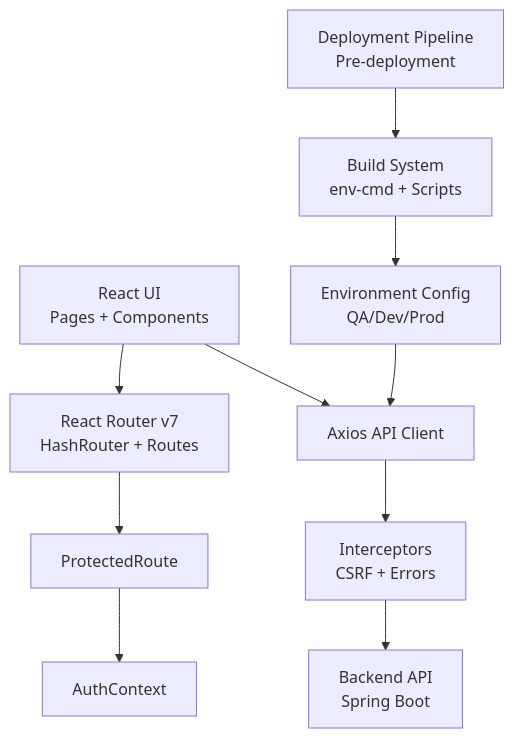
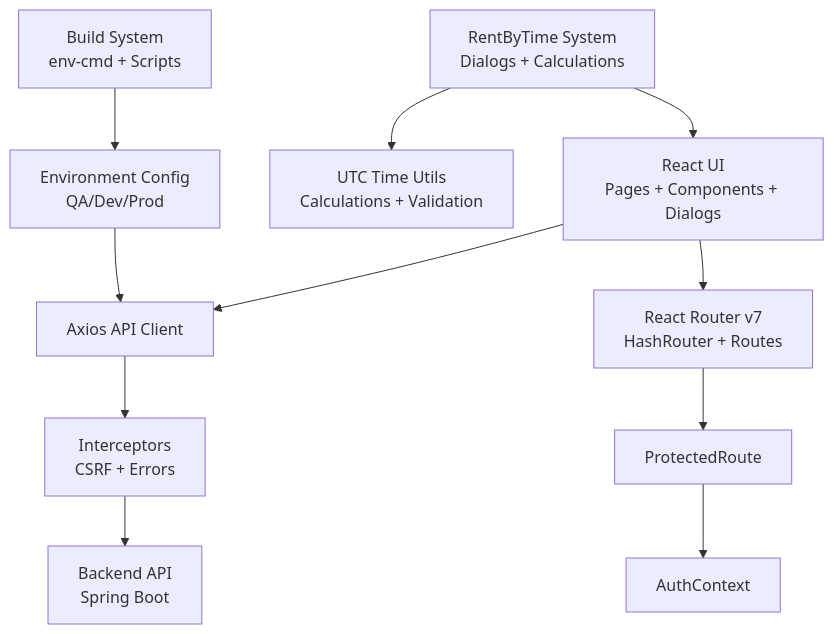
One commit to Vissel/badminton-court-management changed the second of 15 diagrams in .qoder/repowiki/en/content/Frontend Architecture.md. Above: the diagram before and after it, drawn with Mermaid. The commit also changed other lines of this file and 11 other files, not shown here.

````diff
--- a/.qoder/repowiki/en/content/Frontend Architecture.md
+++ b/.qoder/repowiki/en/content/Frontend Architecture.md
@@ -185,12 +205,13 @@
 ```mermaid
 graph TB
-UI["React UI<br/>Pages + Components"] --> RT["React Router v7<br/>HashRouter + Routes"]
+UI["React UI<br/>Pages + Components + Dialogs"] --> RT["React Router v7<br/>HashRouter + Routes"]
 RT --> PR["ProtectedRoute"]
 PR --> AC["AuthContext"]
 UI --> API["Axios API Client"]
 API --> INT["Interceptors<br/>CSRF + Errors"]
 INT --> BE["Backend API<br/>Spring Boot"]
 ENV["Environment Config<br/>QA/Dev/Prod"] --> API
 BUILD["Build System<br/>env-cmd + Scripts"] --> ENV
-DEPLOY["Deployment Pipeline<br/>Pre-deployment"] --> BUILD
+RENT["RentByTime System<br/>Dialogs + Calculations"] --> UI
+RENT --> TIME["UTC Time Utils<br/>Calculations + Validation"]
 ```
````
